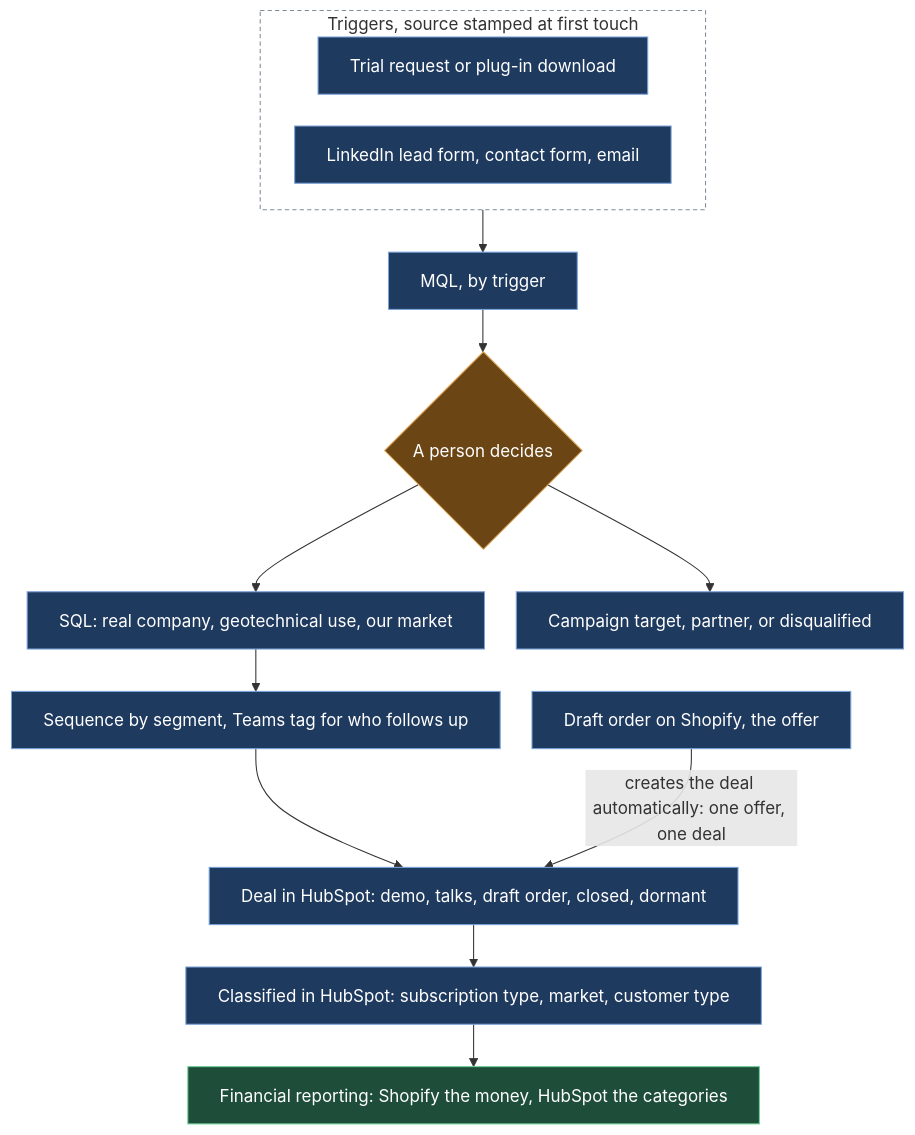
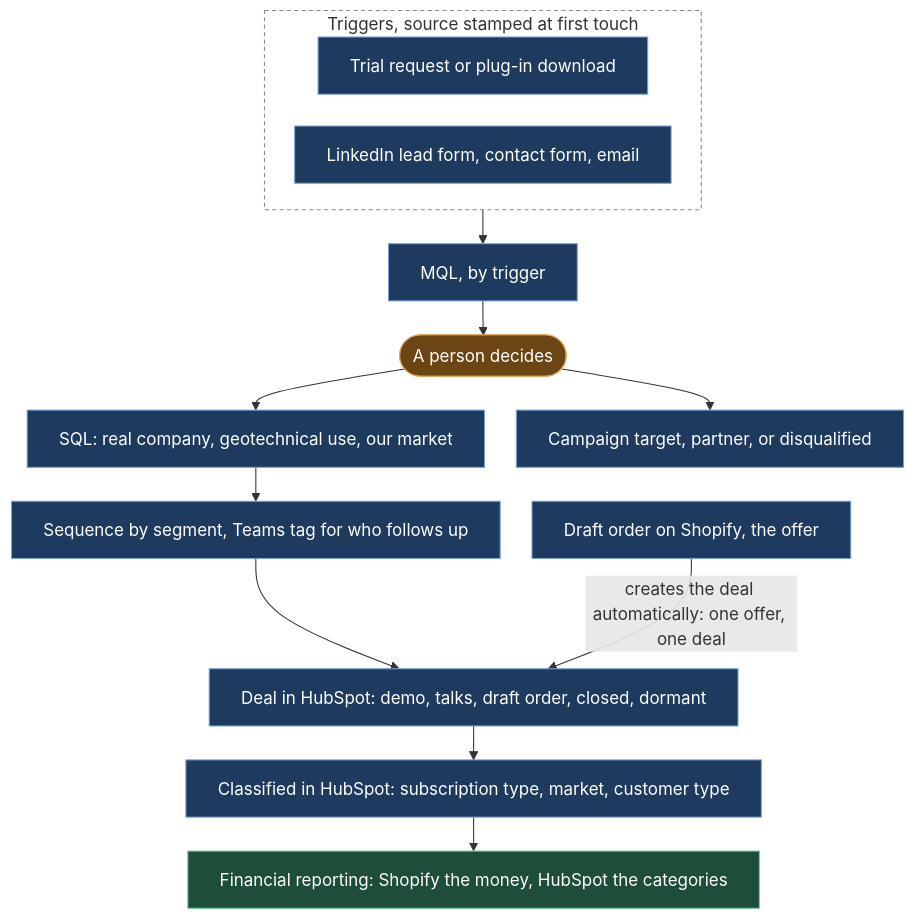
The diagram in evidence/case-studies/01-a-crm-built-from-zero-and-what-stayed-manual.md (nunomnferreirapt/ai-operated-growth-engine), drawn with Mermaid before and after one commit. The commit also changed 4 other files, not shown here.

First line of the commit message:
Diagrams to template v2: no diamonds, rounded boxes for a person, Claude skills named in bold, tighter spacing

````diff
--- a/evidence/case-studies/01-a-crm-built-from-zero-and-what-stayed-manual.md
+++ b/evidence/case-studies/01-a-crm-built-from-zero-and-what-stayed-manual.md
@@ -11,22 +11,22 @@
 ```mermaid
-%%{init: {"flowchart": {"wrappingWidth": 600, "nodeSpacing": 30, "rankSpacing": 40}}}%%
+%%{init: {"flowchart": {"wrappingWidth": 600, "nodeSpacing": 30, "rankSpacing": 32}}}%%
 flowchart TB
     subgraph IN["Triggers, source stamped at first touch"]
         direction LR
         T1["Trial request or plug-in download"]:::sys
         T2["LinkedIn lead form, contact form, email"]:::sys
     end
     IN --> MQL["MQL, by trigger"]:::sys
-    MQL --> SQ{"A person decides"}:::human
+    MQL --> SQ(["A person decides"]):::human
     SQ --> SQL["SQL: real company, geotechnical use, our market"]:::sys
     SQ --> OUT["Campaign target, partner, or disqualified"]:::sys
     SQL --> SEQ["Sequence by segment, Teams tag for who follows up"]:::sys
     SEQ --> DEAL["Deal in HubSpot: demo, talks, draft order, closed, dormant"]:::sys
     SHOP["Draft order on Shopify, the offer"]:::sys -- "creates the deal automatically: one offer, one deal" --> DEAL
     DEAL --> CLS["Classified in HubSpot: subscription type, market, customer type"]:::sys
     CLS --> REP["Financial reporting: Shopify the money, HubSpot the categories"]:::out
     classDef sys fill:#1f3a5f,stroke:#7aa2d8,color:#ffffff
     classDef human fill:#6b4514,stroke:#e0a95a,color:#ffffff
     classDef out fill:#1e4d3a,stroke:#6fcf97,color:#ffffff
     style IN fill:transparent,stroke:#7f8c9a,stroke-dasharray:4 3
 ```
````
